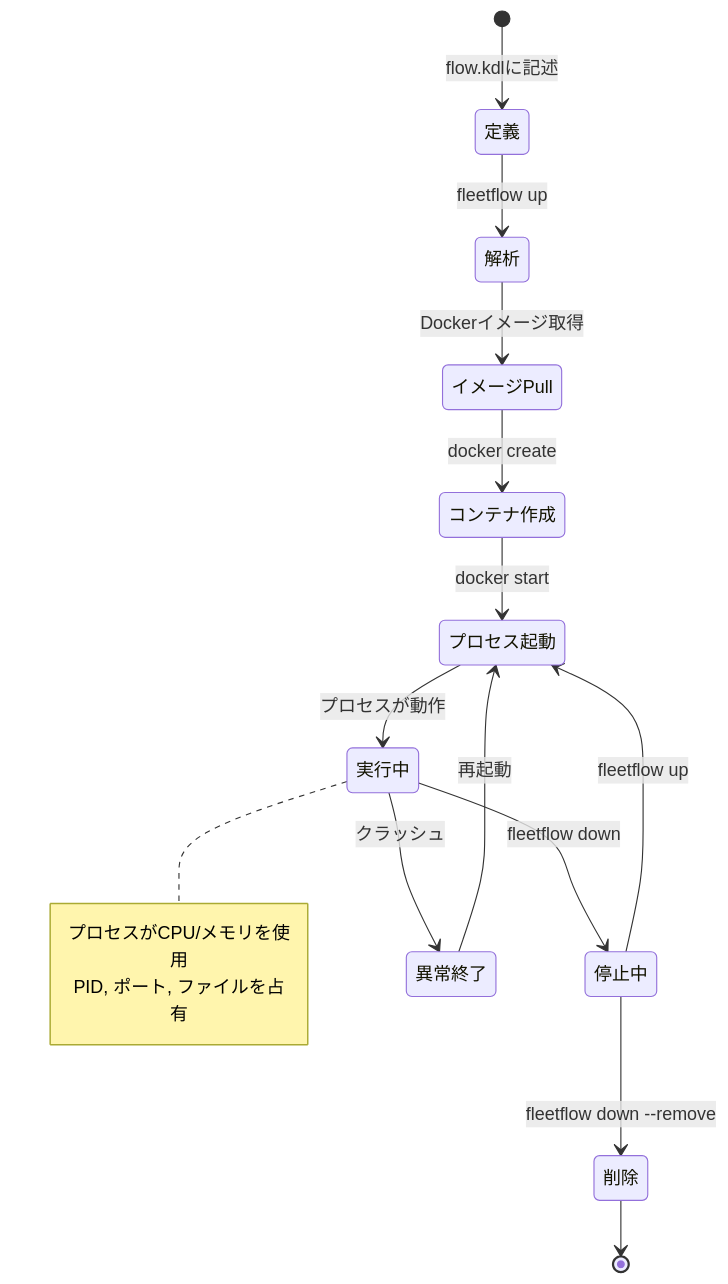
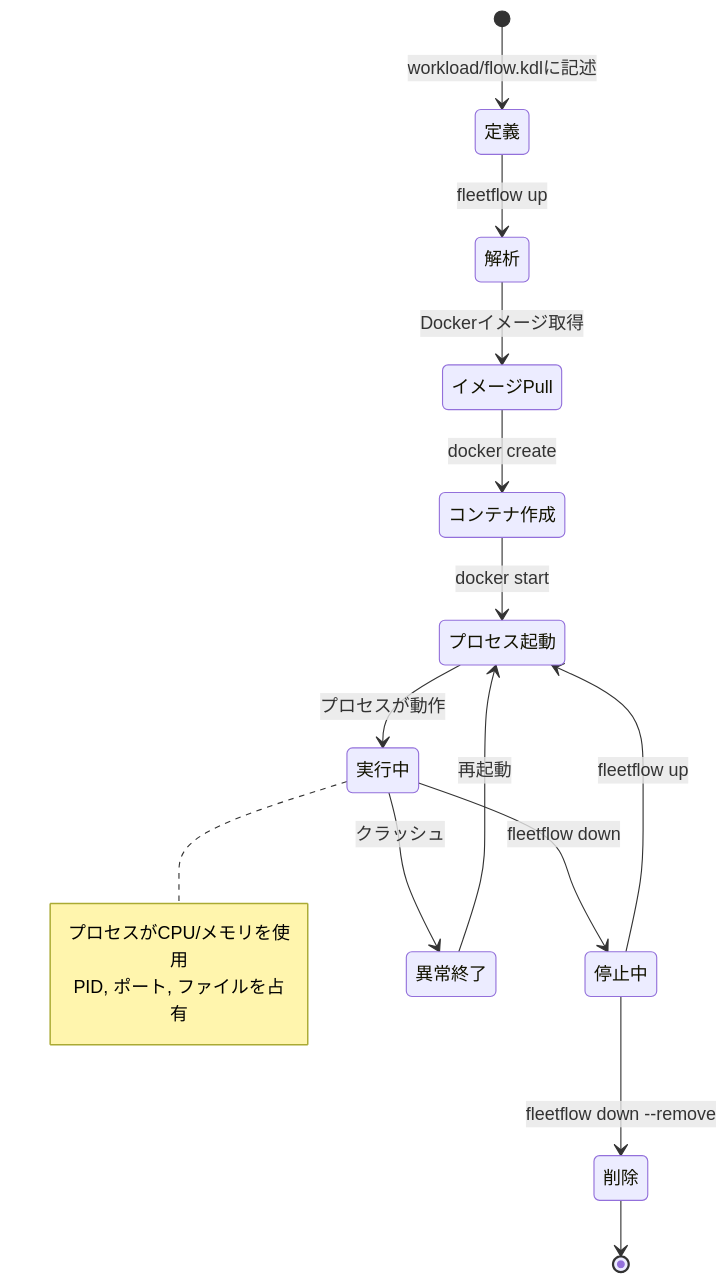
One commit to chronista-club/fleetflow changed the fourth of 4 diagrams in spec/01-core-concepts.md. Above: the diagram before and after it, drawn with Mermaid. The commit also changed other lines of this file and 46 other files, not shown here.

````diff
--- a/spec/01-core-concepts.md
+++ b/spec/01-core-concepts.md
@@ -78,23 +84,23 @@
 ```mermaid
 stateDiagram-v2
-    [*] --> 定義: flow.kdlに記述
+    [*] --> 定義: workload/flow.kdlに記述
     定義 --> 解析: fleetflow up
     解析 --> イメージPull: Dockerイメージ取得
     イメージPull --> コンテナ作成: docker create
     コンテナ作成 --> プロセス起動: docker start
     プロセス起動 --> 実行中: プロセスが動作
 
     実行中 --> 停止中: fleetflow down
     停止中 --> プロセス起動: fleetflow up
 
     実行中 --> 異常終了: クラッシュ
     異常終了 --> プロセス起動: 再起動
 
     停止中 --> 削除: fleetflow down --remove
     削除 --> [*]
 
     note right of 実行中
         プロセスがCPU/メモリを使用
         PID, ポート, ファイルを占有
     end note
 ```
````
